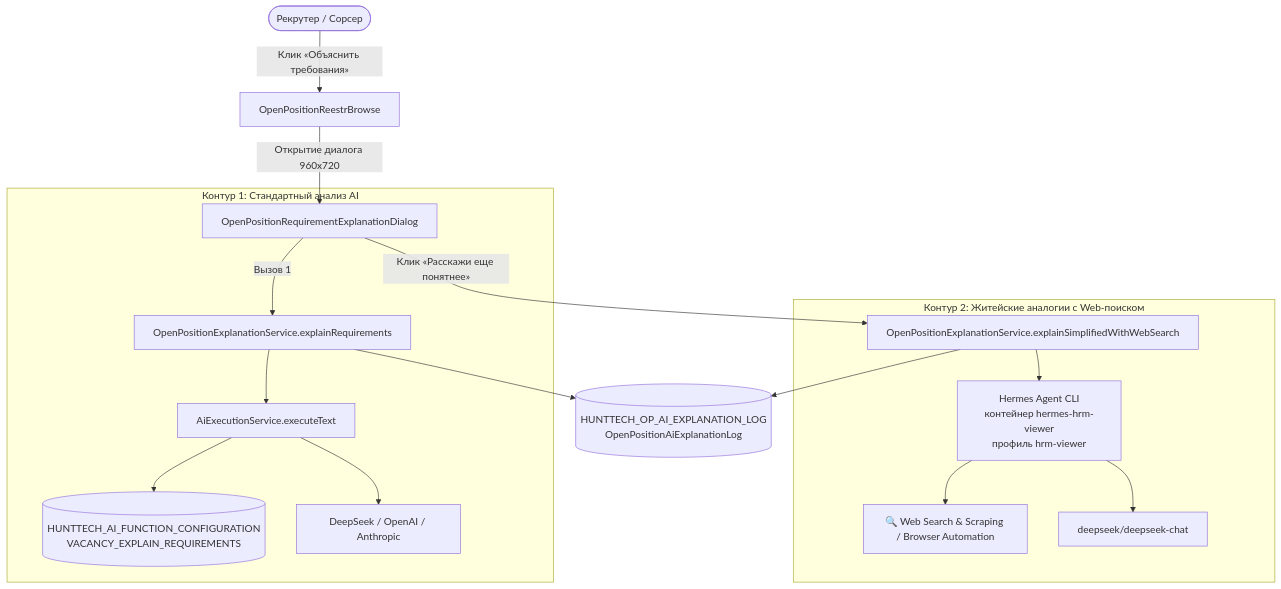
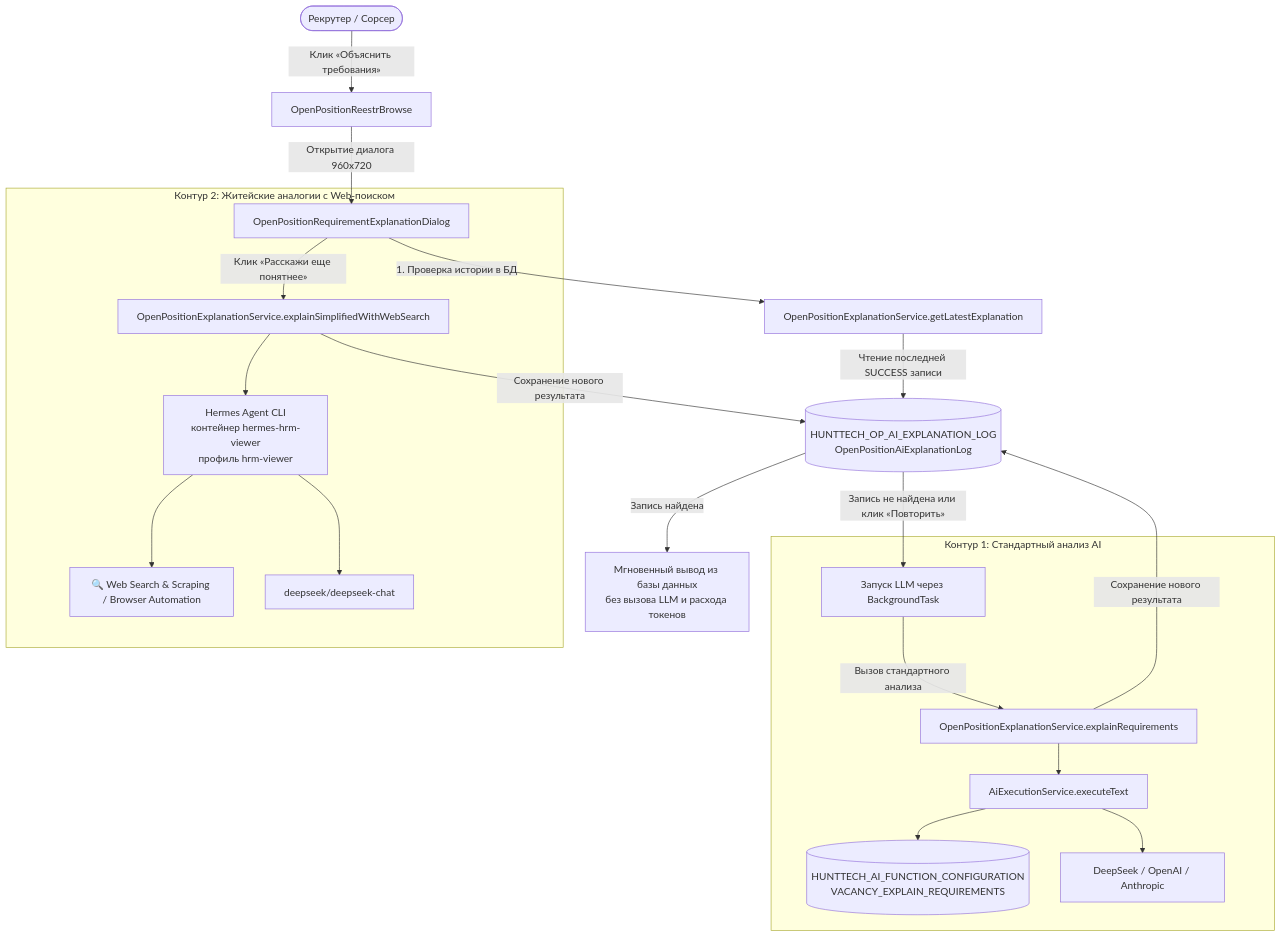
The diagram in docs/architecture/HRM_HuntTech_Vacancy_Requirements_Explanation_Spec.md (aananyev/it-pearls-recruiting), drawn with Mermaid before and after one commit. The commit also changed other lines of this file and 6 other files, not shown here.

Commit message:
Реализация проверки ранее сохраненных объяснений вакансий перед вызовом LLM для экономии токенов

````diff
--- a/docs/architecture/HRM_HuntTech_Vacancy_Requirements_Explanation_Spec.md
+++ b/docs/architecture/HRM_HuntTech_Vacancy_Requirements_Explanation_Spec.md
@@ -10,22 +10,28 @@
 ```mermaid
 flowchart TD
     User([Рекрутер / Сорсер]) -->|Клик «Объяснить требования»| BrowseScreen[OpenPositionReestrBrowse]
     BrowseScreen -->|Открытие диалога 960x720| Dialog[OpenPositionRequirementExplanationDialog]
     
+    Dialog -->|1. Проверка истории в БД| CacheCheck[OpenPositionExplanationService.getLatestExplanation]
+    CacheCheck -->|Чтение последней SUCCESS записи| AuditLog[(HUNTTECH_OP_AI_EXPLANATION_LOG\nOpenPositionAiExplanationLog)]
+    
+    AuditLog -->|Запись найдена| DisplaySaved[Мгновенный вывод из базы данных\nбез вызова LLM и расхода токенов]
+    AuditLog -->|Запись не найдена или клик «Повторить»| RunLLM[Запуск LLM через BackgroundTask]
+    
     subgraph "Контур 1: Стандартный анализ AI"
-        Dialog -->|Вызов 1| ServiceStd[OpenPositionExplanationService.explainRequirements]
+        RunLLM -->|Вызов стандартного анализа| ServiceStd[OpenPositionExplanationService.explainRequirements]
         ServiceStd --> CoreAi[AiExecutionService.executeText]
         CoreAi --> FuncConfig1[(HUNTTECH_AI_FUNCTION_CONFIGURATION\nVACANCY_EXPLAIN_REQUIREMENTS)]
         CoreAi --> ProviderLLM[DeepSeek / OpenAI / Anthropic]
     end
     
     subgraph "Контур 2: Житейские аналогии с Web-поиском"
         Dialog -->|Клик «Расскажи еще понятнее»| ServiceSimp[OpenPositionExplanationService.explainSimplifiedWithWebSearch]
         ServiceSimp --> HermesViewer[Hermes Agent CLI\nконтейнер hermes-hrm-viewer\nпрофиль hrm-viewer]
         HermesViewer --> WebTools[🔍 Web Search & Scraping / Browser Automation]
         HermesViewer --> LLMModel[deepseek/deepseek-chat]
     end
 
-    ServiceStd --> AuditLog[(HUNTTECH_OP_AI_EXPLANATION_LOG\nOpenPositionAiExplanationLog)]
-    ServiceSimp --> AuditLog
+    ServiceStd -->|Сохранение нового результата| AuditLog
+    ServiceSimp -->|Сохранение нового результата| AuditLog
 ```
````
